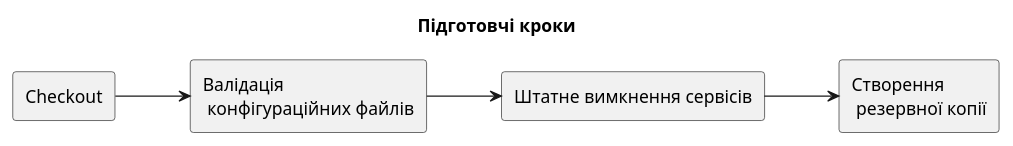
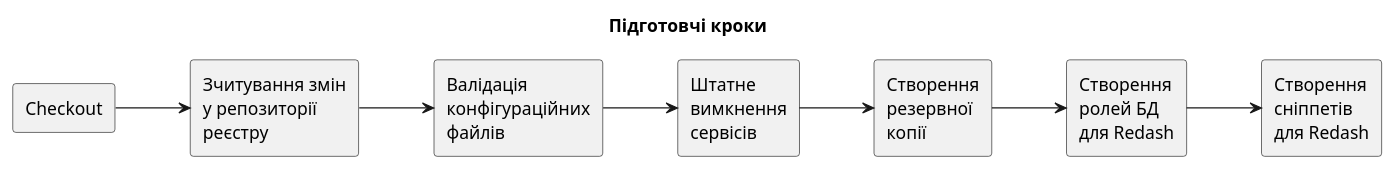
One commit to epam/edp-ddm-architecture changed the second of 7 diagrams in modules/ROOT/pages/registry-regulations-deployment.adoc. Above: the diagram before and after it, drawn with PlantUML. The commit also changed other lines of this file, not shown here.

```diff
--- a/modules/ROOT/pages/registry-regulations-deployment.adoc
+++ b/modules/ROOT/pages/registry-regulations-deployment.adoc
@@ -66,19 +66,25 @@
 [plantuml, preparation, svg]
 ----
 @startuml
 title Підготовчі кроки
 skinparam monochrome true
 
 left to right direction
 
 rectangle "Checkout" as checkout
-rectangle "Валідація\n конфігураційних файлів" as validation
-rectangle "Штатне вимкнення сервісів" as shutdown
-rectangle "Створення\n резервної копії" as backup
+rectangle "Зчитування змін\nу репозиторії\nреєстру" as getChanges
+rectangle "Валідація\nконфігураційних\nфайлів" as validation
+rectangle "Штатне\nвимкнення\nсервісів" as shutdown
+rectangle "Створення\nрезервної\nкопії" as backup
+rectangle "Створення\nролей БД\nдля Redash" as redashRoles
+rectangle "Створення\nсніппетів\nдля Redash" as redashSnippets
 
-checkout --> validation
+checkout --> getChanges
+getChanges --> validation
 validation --> shutdown
 shutdown --> backup
+backup --> redashRoles
+redashRoles --> redashSnippets
 
 @enduml
 ----
```
